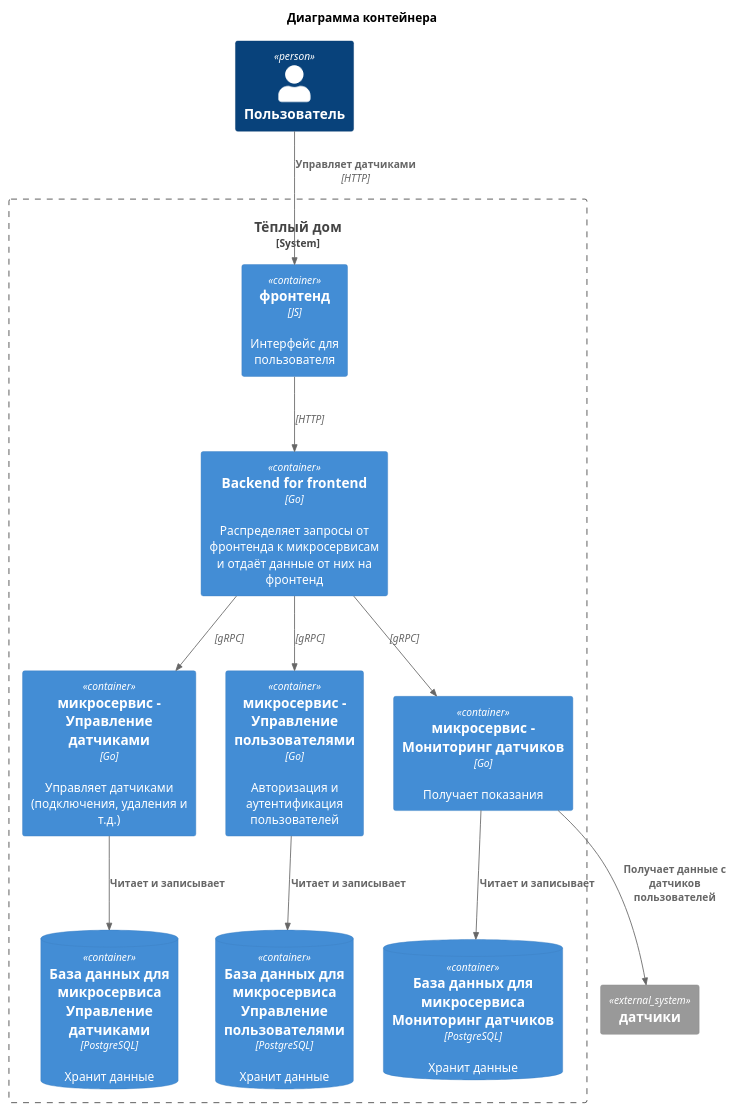
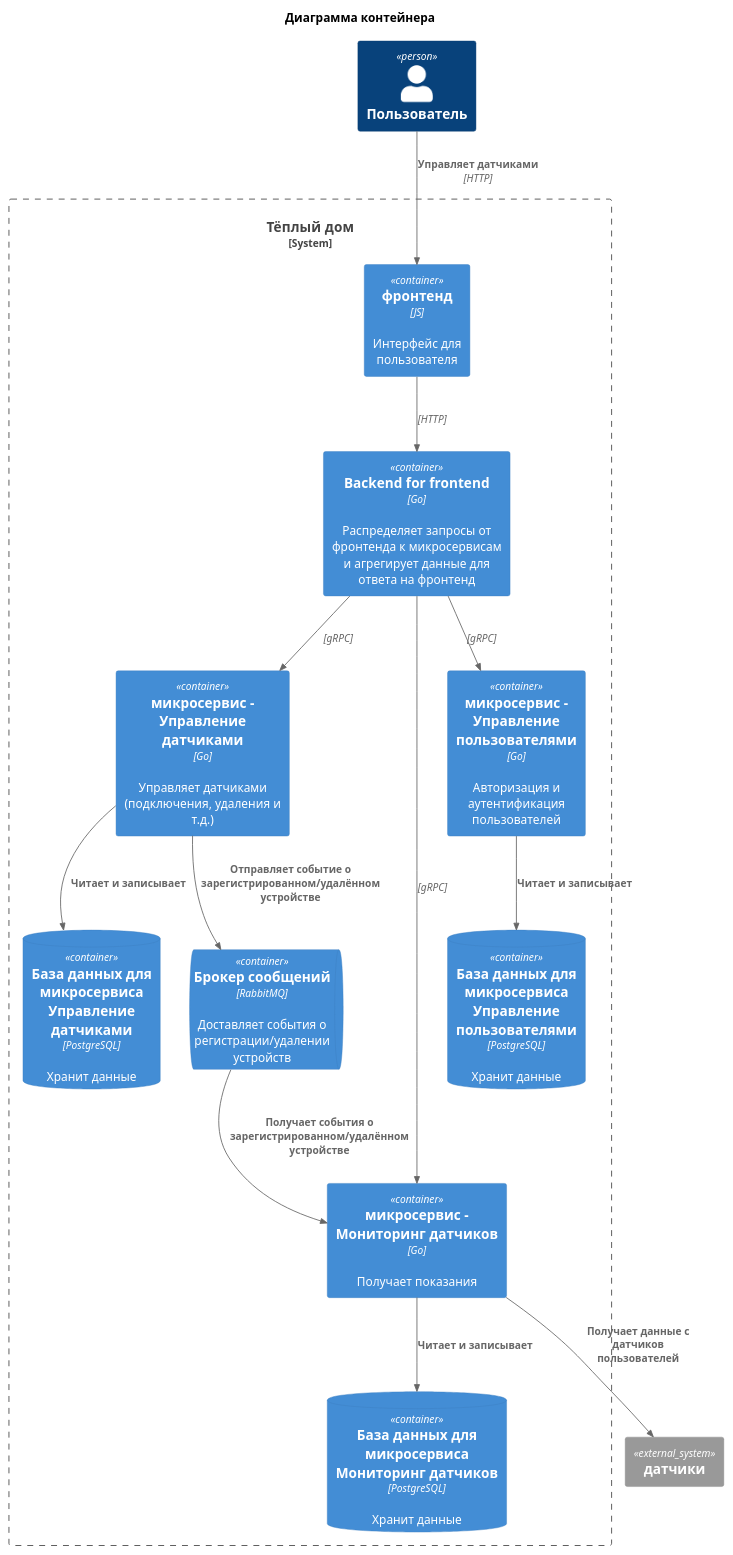
The diagram in schemas/2/container.puml (NikolosHGW/architecture-pro-warmhouse), drawn with PlantUML before and after one commit.

Commit message:
Задание 2. Поправить контейнер диаграмму, добавить брокер сообщения

```diff
--- a/schemas/2/container.puml
+++ b/schemas/2/container.puml
@@ -1,39 +1,43 @@
 @startuml
 !include <C4/C4_Container>
 
 title Диаграмма контейнера
 
 Person(user, "Пользователь")
 
 System_Boundary(warmhouse, "Тёплый дом") {
 
     Container(web_client, "фронтенд", "JS", "Интерфейс для пользователя")
 
-    Container(bff, "Backend for frontend", "Go", "Распределяет запросы от фронтенда к микросервисам и отдаёт данные от них на фронтенд")
+    Container(bff, "Backend for frontend", "Go", "Распределяет запросы от фронтенда к микросервисам и агрегирует данные для ответа на фронтенд")
 
     Container(sensors, "микросервис - Управление датчиками", "Go", "Управляет датчиками (подключения, удаления и т.д.)")
 
     ContainerDb(sensors_db, "База данных для микросервиса Управление датчиками", "PostgreSQL", "Хранит данные")
 
     Container(monitoring, "микросервис - Мониторинг датчиков", "Go", "Получает показания")
 
     ContainerDb(monitoring_db, "База данных для микросервиса Мониторинг датчиков", "PostgreSQL", "Хранит данные")
 
     Container(auth, "микросервис - Управление пользователями", "Go", "Авторизация и аутентификация пользователей")
 
     ContainerDb(auth_db, "База данных для микросервиса Управление пользователями", "PostgreSQL", "Хранит данные")
+
+    ContainerQueue(rabbitmq, "Брокер сообщений", "RabbitMQ", "Доставляет события о регистрации/удалении устройств")
 }
 
 System_Ext("user_sensors", "датчики")
 
 Rel(user, web_client, "Управляет датчиками", "HTTP")
 Rel(web_client, bff, "", "HTTP")
 Rel(bff, sensors, "", "gRPC")
 Rel(bff, monitoring, "", "gRPC")
 Rel(bff, auth, "", "gRPC")
 Rel(sensors, sensors_db, "Читает и записывает")
 Rel(monitoring, monitoring_db, "Читает и записывает")
 Rel(auth, auth_db, "Читает и записывает")
 Rel(monitoring, user_sensors, "Получает данные с датчиков пользователей")
+Rel(sensors, rabbitmq, "Отправляет событие о зарегистрированном/удалённом устройстве")
+Rel(rabbitmq, monitoring, "Получает события о зарегистрированном/удалённом устройстве")
 
 @enduml
```
